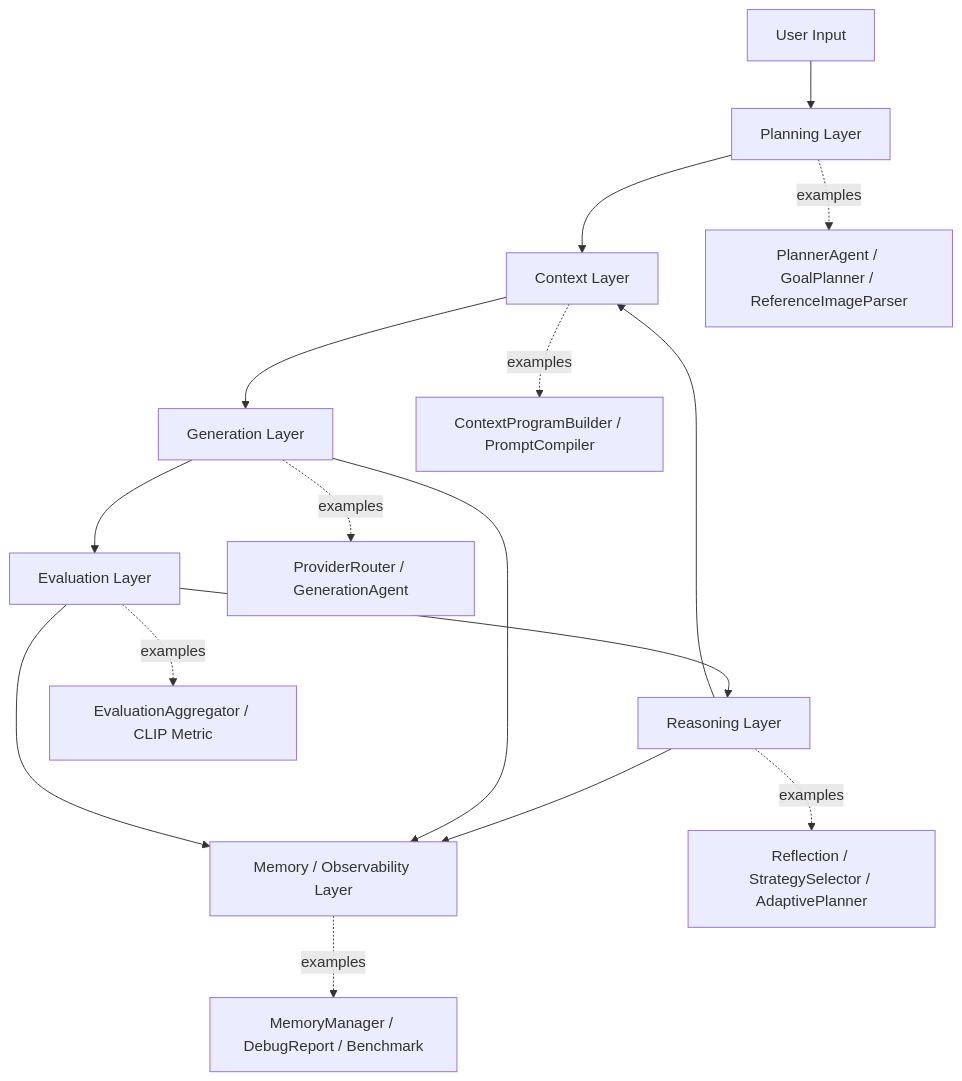
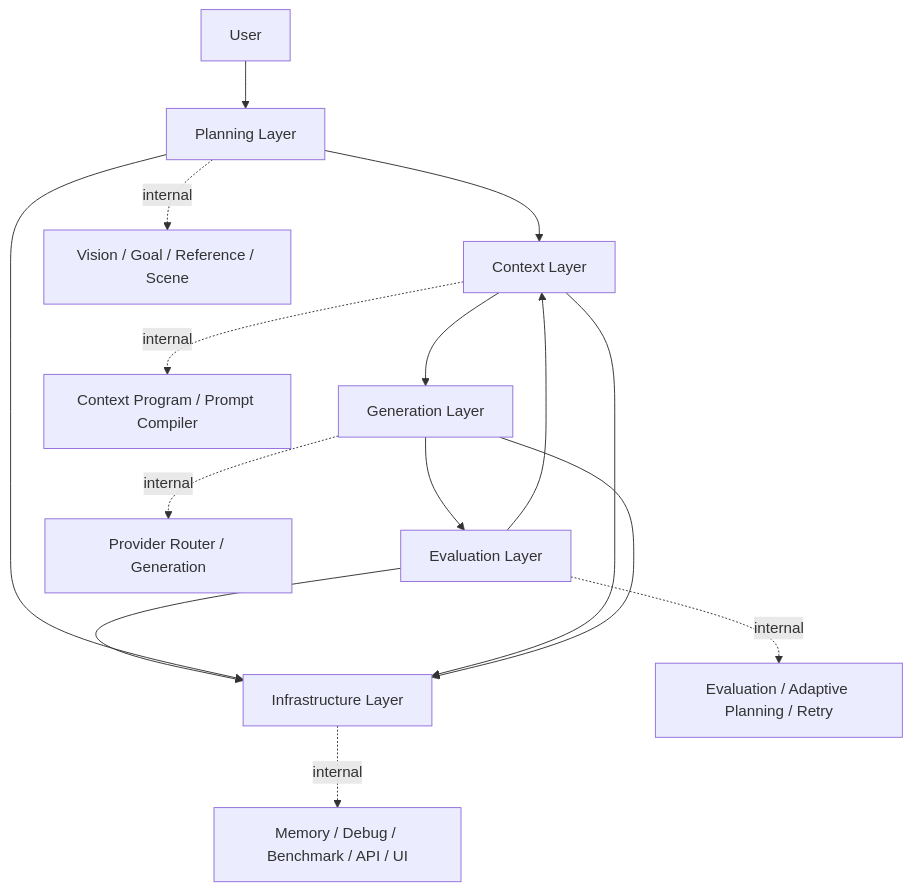
The diagram in docs/architecture.md (wooyybb/multimodal-ai-agent-playground), drawn with Mermaid before and after one commit. The commit also changed other lines of this file and 10 other files, not shown here.

Commit message:
refactor(architecture): simplify framework around layer responsibilities

````diff
--- a/docs/architecture.md
+++ b/docs/architecture.md
@@ -42,19 +38,18 @@
 ```mermaid
 flowchart TD
-    U[User Input] --> P[Planning Layer]
+    U[User] --> P[Planning Layer]
     P --> C[Context Layer]
     C --> G[Generation Layer]
     G --> E[Evaluation Layer]
-    E --> R[Reasoning Layer]
-    R --> C
-    R --> M[Memory / Observability Layer]
-    G --> M
-    E --> M
+    E --> C
+    E --> I[Infrastructure Layer]
+    P --> I
+    C --> I
+    G --> I
 
-    P -.examples.-> PEX[PlannerAgent / GoalPlanner / ReferenceImageParser]
-    C -.examples.-> CEX[ContextProgramBuilder / PromptCompiler]
-    G -.examples.-> GEX[ProviderRouter / GenerationAgent]
-    E -.examples.-> EEX[EvaluationAggregator / CLIP Metric]
-    R -.examples.-> REX[Reflection / StrategySelector / AdaptivePlanner]
-    M -.examples.-> MEX[MemoryManager / DebugReport / Benchmark]
+    P -.internal.-> P1[Vision / Goal / Reference / Scene]
+    C -.internal.-> C1[Context Program / Prompt Compiler]
+    G -.internal.-> G1[Provider Router / Generation]
+    E -.internal.-> E1[Evaluation / Adaptive Planning / Retry]
+    I -.internal.-> I1[Memory / Debug / Benchmark / API / UI]
 ```
````
